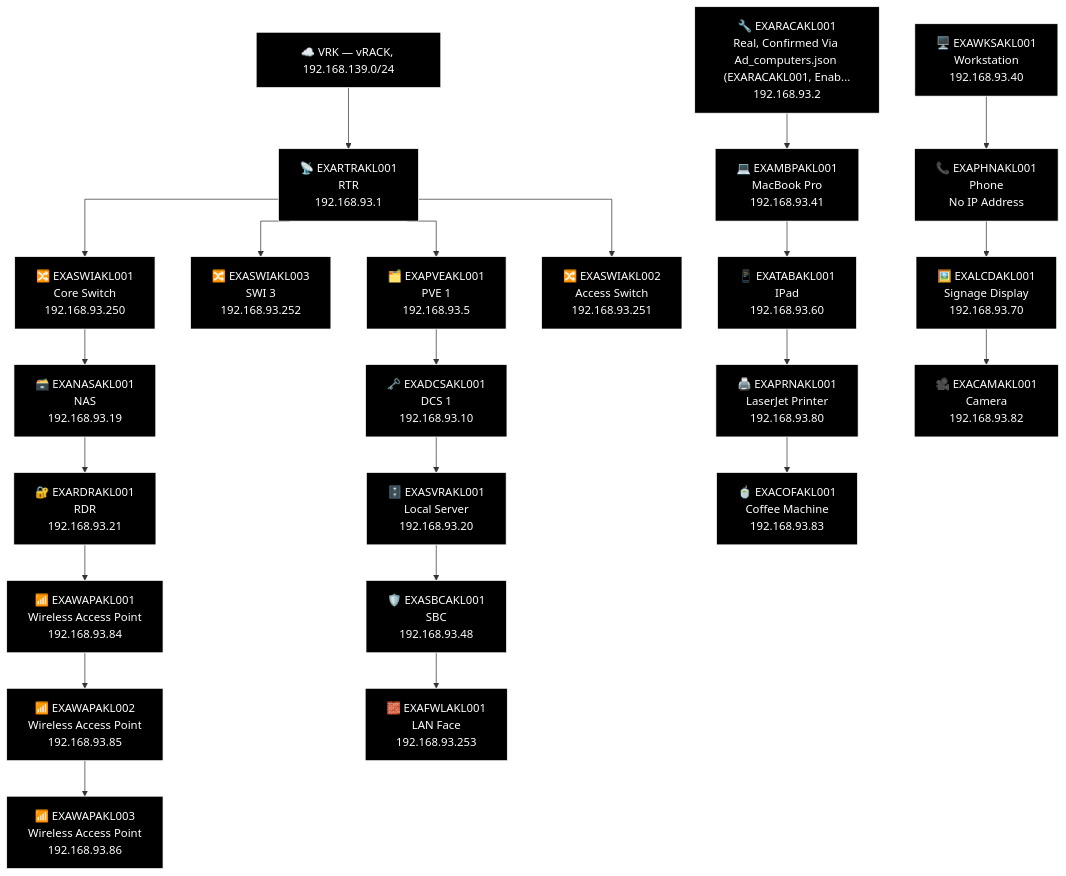
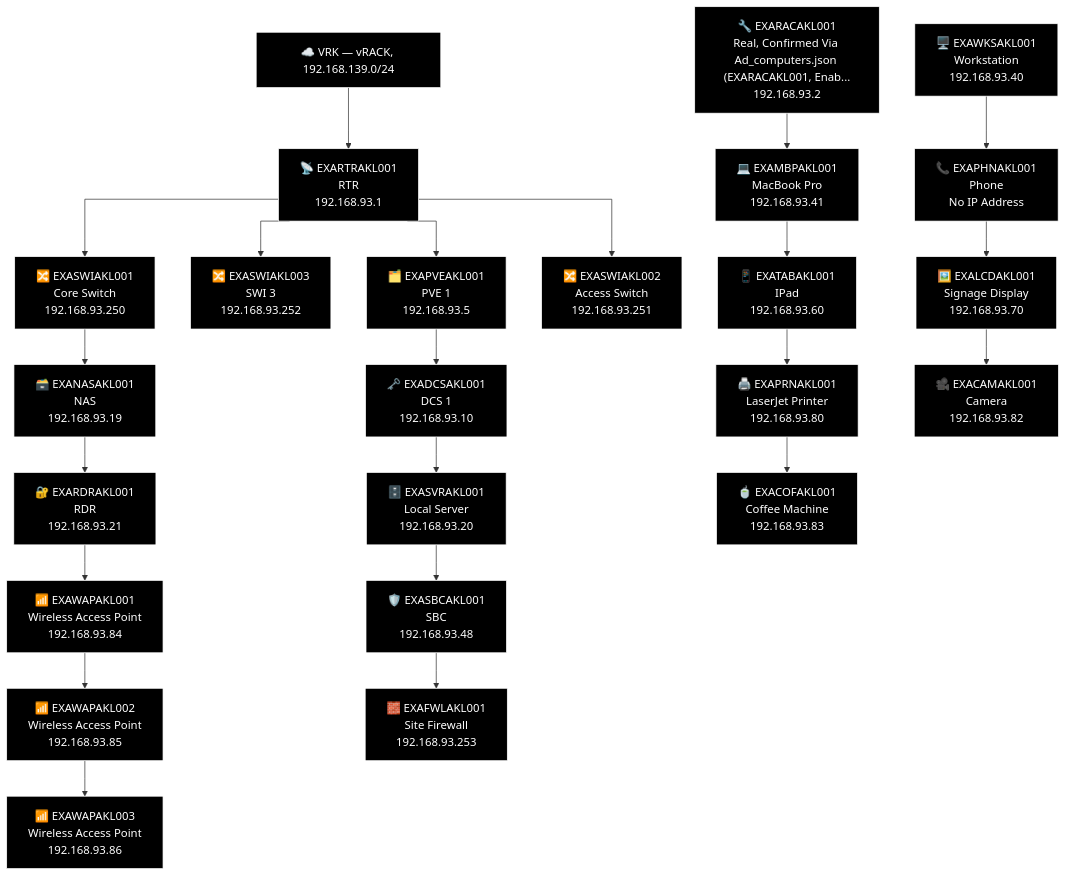
One commit to knightmare2600/example_music_infra changed the third of 3 diagrams in docs/network-diagram/new-zealand.md. Above: the diagram before and after it, drawn with Mermaid. The commit also changed other lines of this file and 19 other files, not shown here.

````diff
--- a/docs/network-diagram/new-zealand.md
+++ b/docs/network-diagram/new-zealand.md
@@ -131,63 +131,63 @@
 ```mermaid
 %% GENERATED:TOPOLOGY:AKL:START
 %%{init: {'flowchart': {'curve': 'stepAfter'}}}%%
 graph TD
     T_VRK["☁️ VRK — vRACK, 192.168.139.0/24"]
     T_RTR["📡 EXARTRAKL001<br/>RTR<br/>192.168.93.1"]
     T_VRK --> T_RTR
     T_PVE["🗂️ EXAPVEAKL001<br/>PVE 1<br/>192.168.93.5"]
     T_RTR --> T_PVE
     T_SWI["🔀 EXASWIAKL003<br/>SWI 3<br/>192.168.93.252"]
     T_RTR --> T_SWI
     T_SWI2["🔀 EXASWIAKL001<br/>Core Switch<br/>192.168.93.250"]
     T_RTR --> T_SWI2
     T_SWI3["🔀 EXASWIAKL002<br/>Access Switch<br/>192.168.93.251"]
     T_RTR --> T_SWI3
     T_NAS["🗃️ EXANASAKL001<br/>NAS<br/>192.168.93.19"]
     T_RDR["🔐 EXARDRAKL001<br/>RDR<br/>192.168.93.21"]
     T_WAP["📶 EXAWAPAKL001<br/>Wireless Access Point<br/>192.168.93.84"]
     T_WAP2["📶 EXAWAPAKL002<br/>Wireless Access Point<br/>192.168.93.85"]
     T_WAP3["📶 EXAWAPAKL003<br/>Wireless Access Point<br/>192.168.93.86"]
     T_SWI2 --> T_NAS --> T_RDR --> T_WAP --> T_WAP2 --> T_WAP3
     T_DCS["🗝️ EXADCSAKL001<br/>DCS 1<br/>192.168.93.10"]
     T_SVR["🗄️ EXASVRAKL001<br/>Local Server<br/>192.168.93.20"]
     T_SBC["🛡️ EXASBCAKL001<br/>SBC<br/>192.168.93.48"]
-    T_FWL["🧱 EXAFWLAKL001<br/>LAN Face<br/>192.168.93.253"]
+    T_FWL["🧱 EXAFWLAKL001<br/>Site Firewall<br/>192.168.93.253"]
     T_PVE --> T_DCS --> T_SVR --> T_SBC --> T_FWL
     T_RAC["🔧 EXARACAKL001<br/>Real, Confirmed Via Ad_computers.json (EXARACAKL001, Enab...<br/>192.168.93.2"]
     T_WKS["🖥️ EXAWKSAKL001<br/>Workstation<br/>192.168.93.40"]
     T_MBP["💻 EXAMBPAKL001<br/>MacBook Pro<br/>192.168.93.41"]
     T_PHN["📞 EXAPHNAKL001<br/>Phone<br/>No IP Address"]
     T_TAB["📱 EXATABAKL001<br/>IPad<br/>192.168.93.60"]
     T_LCD["🖼️ EXALCDAKL001<br/>Signage Display<br/>192.168.93.70"]
     T_PRN["🖨️ EXAPRNAKL001<br/>LaserJet Printer<br/>192.168.93.80"]
     T_CAM["🎥 EXACAMAKL001<br/>Camera<br/>192.168.93.82"]
     T_COF["🍵 EXACOFAKL001<br/>Coffee Machine<br/>192.168.93.83"]
     T_RAC --> T_MBP --> T_TAB --> T_PRN --> T_COF
     T_WKS --> T_PHN --> T_LCD --> T_CAM
     style T_VRK fill:#000000,stroke:#FFFFFF,color:#FFFFFF
     style T_RTR fill:#000000,stroke:#FFFFFF,color:#FFFFFF
     style T_PVE fill:#000000,stroke:#FFFFFF,color:#FFFFFF
     style T_SWI fill:#000000,stroke:#FFFFFF,color:#FFFFFF
     style T_SWI2 fill:#000000,stroke:#FFFFFF,color:#FFFFFF
     style T_SWI3 fill:#000000,stroke:#FFFFFF,color:#FFFFFF
     style T_NAS fill:#000000,stroke:#FFFFFF,color:#FFFFFF
     style T_RDR fill:#000000,stroke:#FFFFFF,color:#FFFFFF
     style T_WAP fill:#000000,stroke:#FFFFFF,color:#FFFFFF
     style T_WAP2 fill:#000000,stroke:#FFFFFF,color:#FFFFFF
     style T_WAP3 fill:#000000,stroke:#FFFFFF,color:#FFFFFF
     style T_DCS fill:#000000,stroke:#FFFFFF,color:#FFFFFF
     style T_SVR fill:#000000,stroke:#FFFFFF,color:#FFFFFF
     style T_SBC fill:#000000,stroke:#FFFFFF,color:#FFFFFF
     style T_FWL fill:#000000,stroke:#FFFFFF,color:#FFFFFF
     style T_RAC fill:#000000,stroke:#FFFFFF,color:#FFFFFF
     style T_WKS fill:#000000,stroke:#FFFFFF,color:#FFFFFF
     style T_MBP fill:#000000,stroke:#FFFFFF,color:#FFFFFF
     style T_PHN fill:#000000,stroke:#FFFFFF,color:#FFFFFF
     style T_TAB fill:#000000,stroke:#FFFFFF,color:#FFFFFF
     style T_LCD fill:#000000,stroke:#FFFFFF,color:#FFFFFF
     style T_PRN fill:#000000,stroke:#FFFFFF,color:#FFFFFF
     style T_CAM fill:#000000,stroke:#FFFFFF,color:#FFFFFF
     style T_COF fill:#000000,stroke:#FFFFFF,color:#FFFFFF
 %% GENERATED:TOPOLOGY:AKL:END
 ```
````
